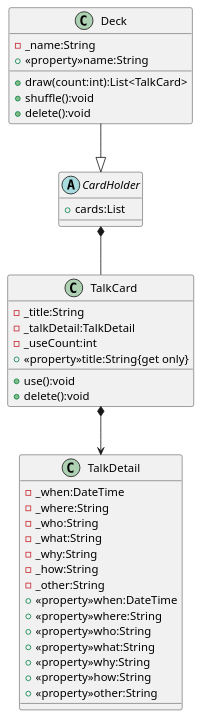
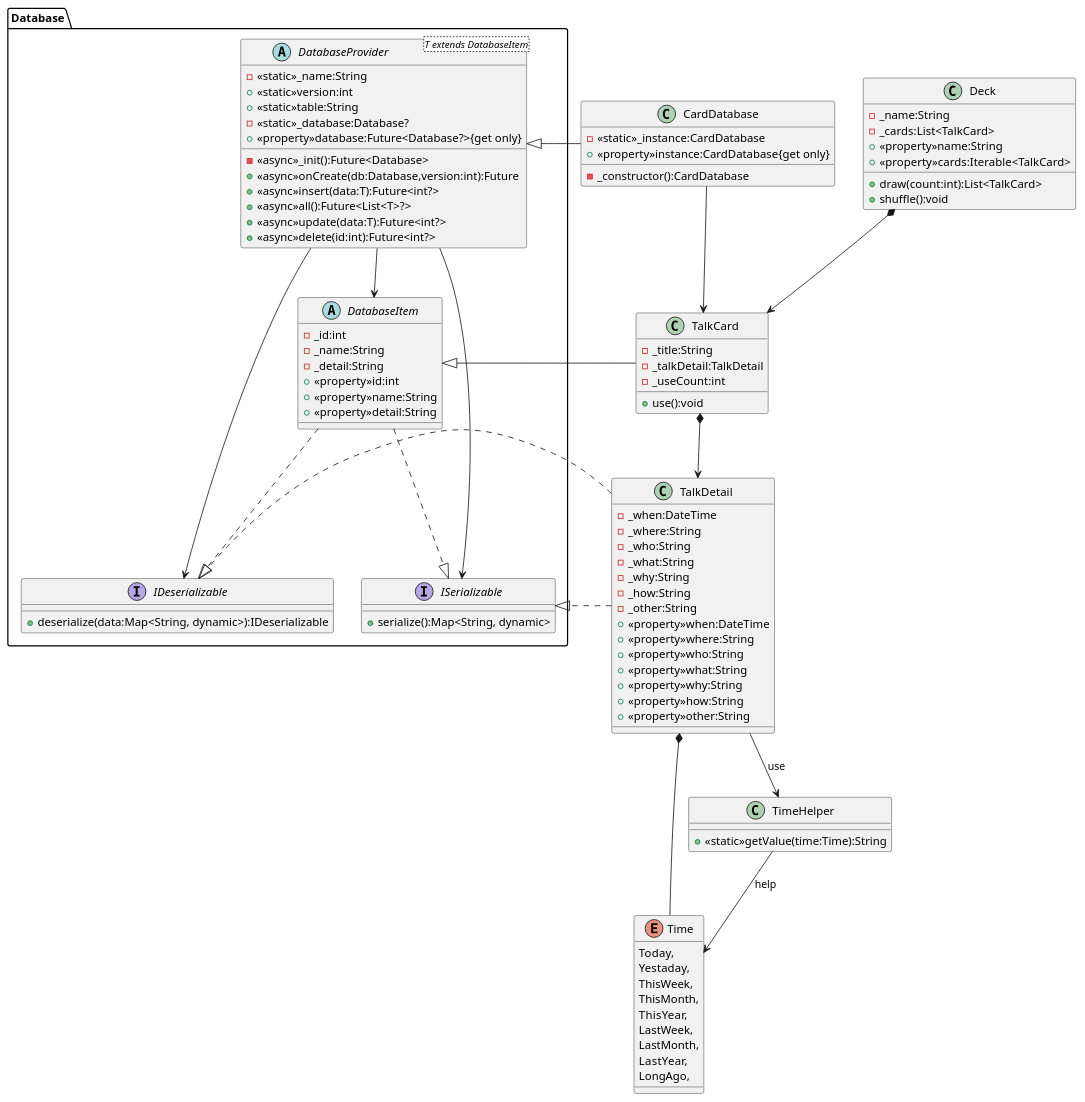
One commit to nmskm240/conversation_deck changed the diagram in classDiagram.pu. Above: the diagram before and after it, drawn with PlantUML. The commit also changed 7 other files, not shown here.

```diff
--- a/classDiagram.pu
+++ b/classDiagram.pu
@@ -1,45 +1,112 @@
 @startuml Conversation deck cards
+package Database
+{
+    abstract DatabaseItem
+    {
+        -_id:int
+        -_name:String
+        -_detail:String
+        +<<property>>id:int
+        +<<property>>name:String
+        +<<property>>detail:String
+    }
+    abstract DatabaseProvider<T extends DatabaseItem>
+    {
+        -<<static>>_name:String
+        +<<static>>version:int
+        +<<static>>table:String
+        -<<static>>_database:Database?
+        +<<property>>database:Future<Database?>{get only}
+        -<<async>>_init():Future<Database>
+        +<<async>>onCreate(db:Database,version:int):Future
+        +<<async>>insert(data:T):Future<int?>
+        +<<async>>all():Future<List<T>?>
+        +<<async>>update(data:T):Future<int?>
+        +<<async>>delete(id:int):Future<int?>
+    }
+    interface IDeserializable
+    {
+        +deserialize(data:Map<String, dynamic>):IDeserializable
+    }
+    interface ISerializable
+    {
+        +serialize():Map<String, dynamic>
+    }
+}
+class CardDatabase
+{
+    -<<static>>_instance:CardDatabase
+    +<<property>>instance:CardDatabase{get only}
+    -_constructor():CardDatabase
+}
+class Deck
+{
+    -_name:String
+    -_cards:List<TalkCard>
+    +<<property>>name:String
+    +<<property>>cards:Iterable<TalkCard>
+    +draw(count:int):List<TalkCard>
+    +shuffle():void
+}
 class TalkCard
 {
     -_title:String
     -_talkDetail:TalkDetail
     -_useCount:int
-    +<<property>>title:String{get only}
     +use():void
-    +delete():void
 }
 class TalkDetail
 {
     -_when:DateTime
     -_where:String
     -_who:String
     -_what:String
     -_why:String
     -_how:String
     -_other:String
     +<<property>>when:DateTime
     +<<property>>where:String
     +<<property>>who:String
     +<<property>>what:String
     +<<property>>why:String
     +<<property>>how:String
     +<<property>>other:String
 }
-abstract CardHolder
+enum Time
 {
-    +cards:List
+    Today,
+    Yestaday,
+    ThisWeek,
+    ThisMonth,
+    ThisYear,
+    LastWeek,
+    LastMonth,
+    LastYear,
+    LongAgo,
 }
-class Deck
+class TimeHelper
 {
-    -_name:String
-    +<<property>>name:String
-    +draw(count:int):List<TalkCard>
-    +shuffle():void
-    +delete():void
+    +<<static>>getValue(time:Time):String
 }
 
+DatabaseItem ..|> ISerializable
+DatabaseItem ..|> IDeserializable
+TalkDetail ..|> ISerializable
+TalkDetail ..|> IDeserializable
+
+DatabaseProvider --> DatabaseItem
+DatabaseProvider --> ISerializable
+DatabaseProvider --> IDeserializable
+CardDatabase --> TalkCard
+
+CardDatabase -left-|> DatabaseProvider
+TalkCard -left-|> DatabaseItem
+TimeHelper --> Time :help
+TalkDetail --> TimeHelper : use
+
+TalkDetail *-- Time
+
 TalkCard *--> TalkDetail
-CardHolder *-- TalkCard
-Deck --|> CardHolder
+Deck *--> TalkCard
 
 @enduml
```
